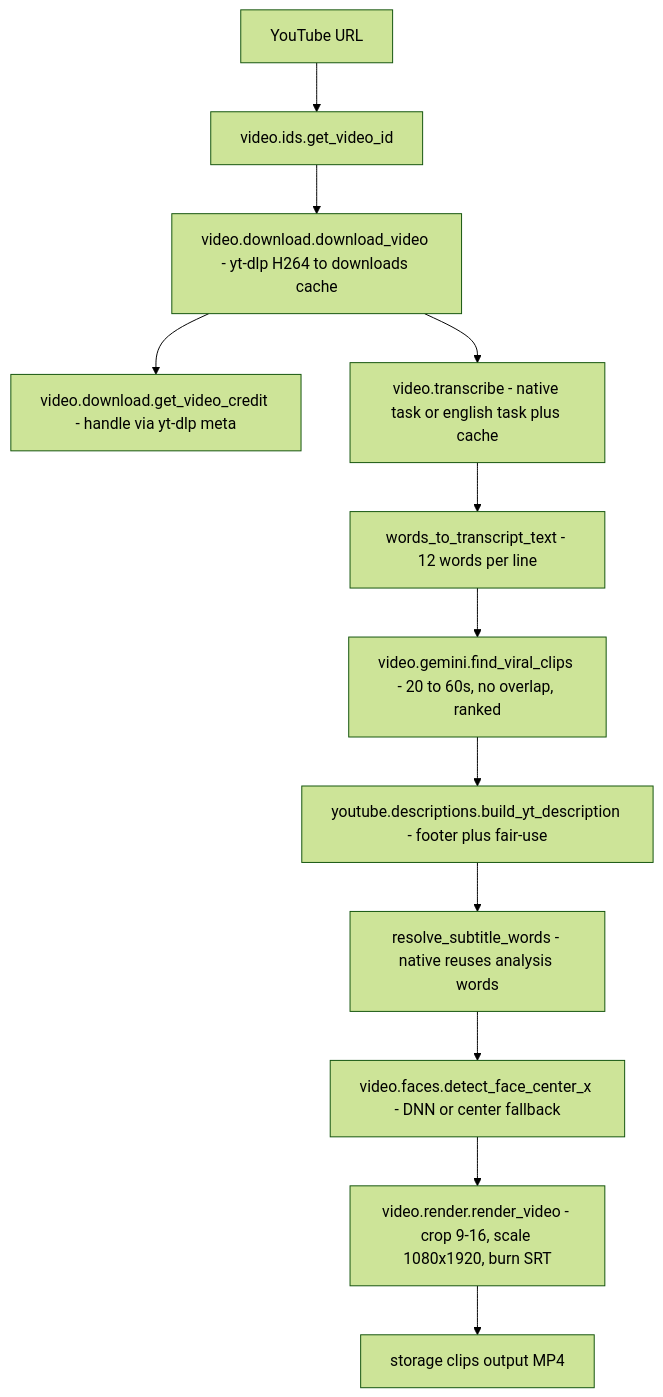
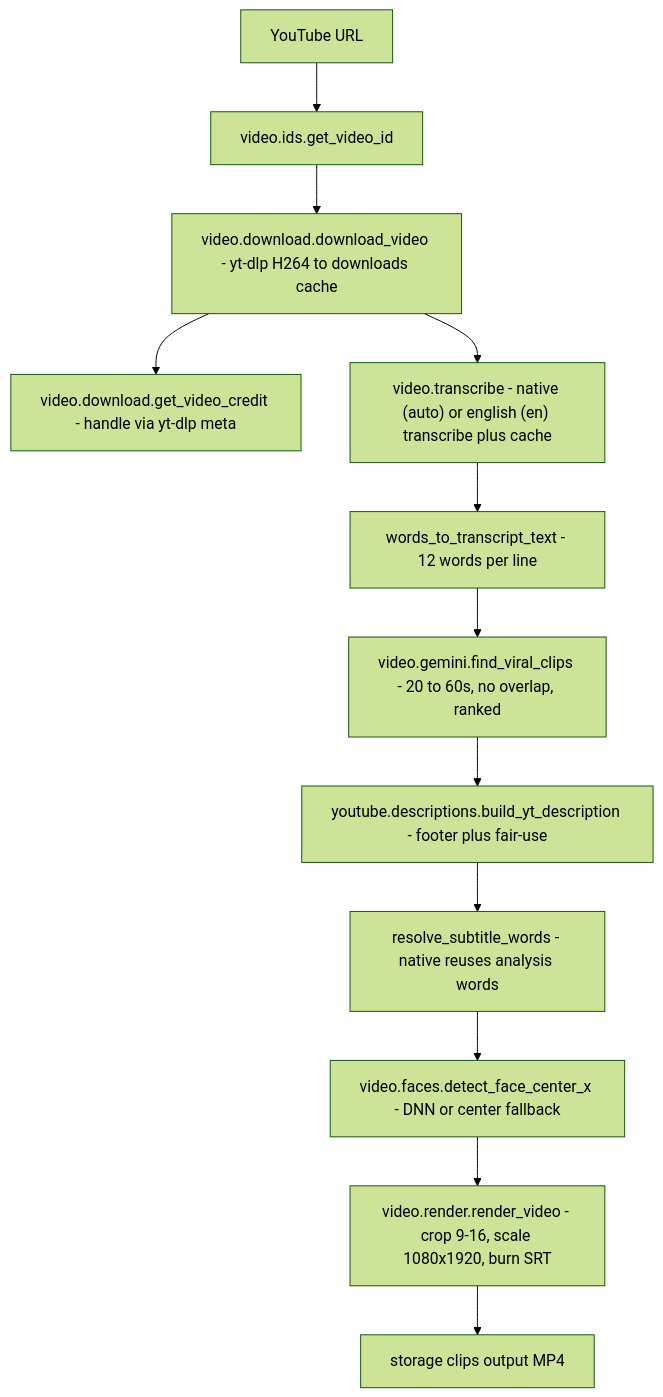
The fourth of 8 diagrams in docs/APP_FLOW.md (nikhilsaini93/autoclips-python), drawn with Mermaid (forest theme) before and after one commit. The commit also changed other lines of this file and 5 other files, not shown here.

````diff
--- a/docs/APP_FLOW.md
+++ b/docs/APP_FLOW.md
@@ -140,14 +140,14 @@
 ```mermaid
 flowchart TB
     URL["YouTube URL"] --> ID["video.ids.get_video_id"]
     ID --> DW["video.download.download_video - yt-dlp H264 to downloads cache"]
     DW --> CR["video.download.get_video_credit - handle via yt-dlp meta"]
-    DW --> TRN["video.transcribe - native task or english task plus cache"]
+    DW --> TRN["video.transcribe - native (auto) or english (en) transcribe plus cache"]
     TRN --> TXT["words_to_transcript_text - 12 words per line"]
     TXT --> GEM["video.gemini.find_viral_clips - 20 to 60s, no overlap, ranked"]
     GEM --> DESC["youtube.descriptions.build_yt_description - footer plus fair-use"]
     DESC --> SUBT["resolve_subtitle_words - native reuses analysis words"]
     SUBT --> FACE["video.faces.detect_face_center_x - DNN or center fallback"]
     FACE --> RND["video.render.render_video - crop 9-16, scale 1080x1920, burn SRT"]
     RND --> CLIP["storage clips output MP4"]
 ```
````
